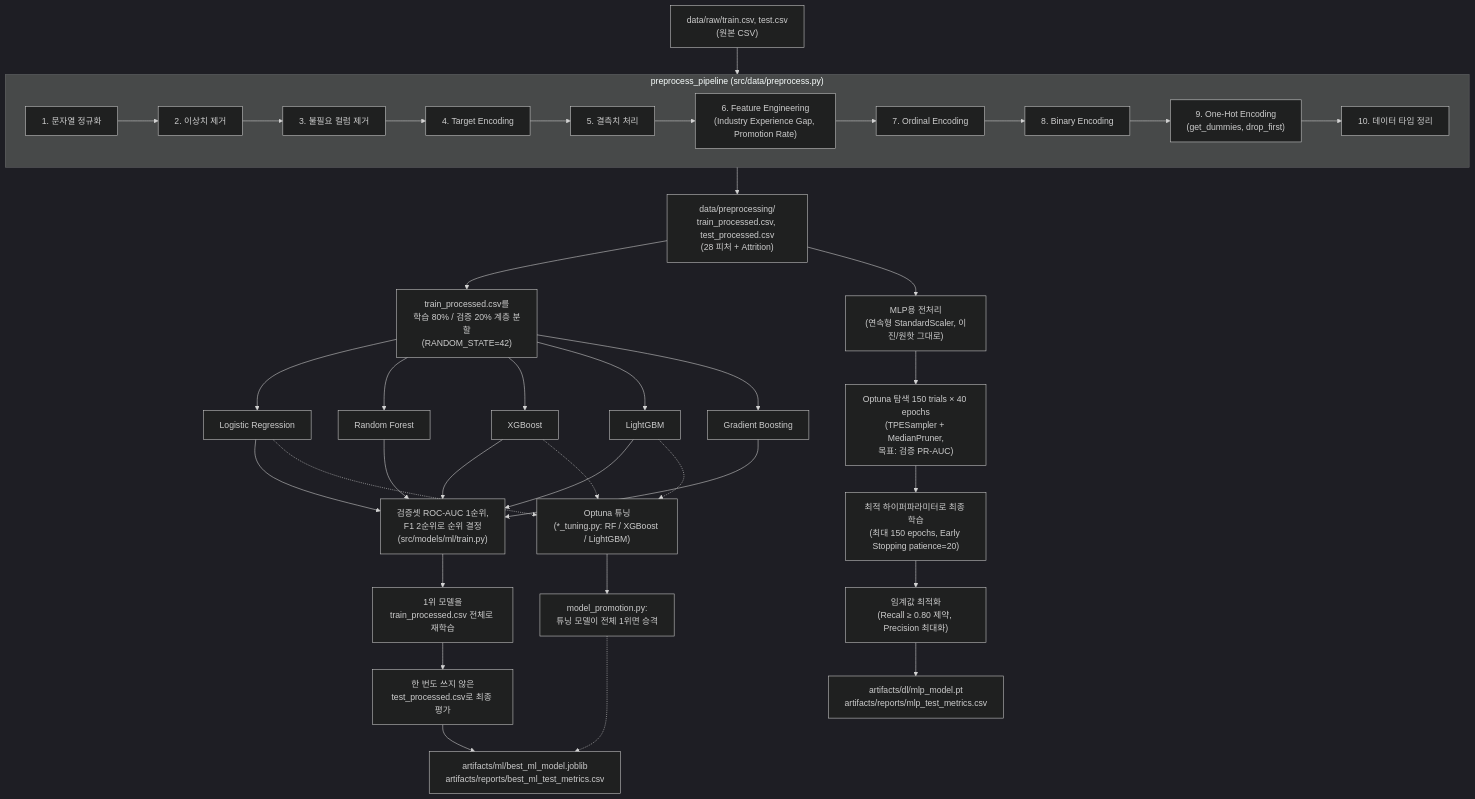
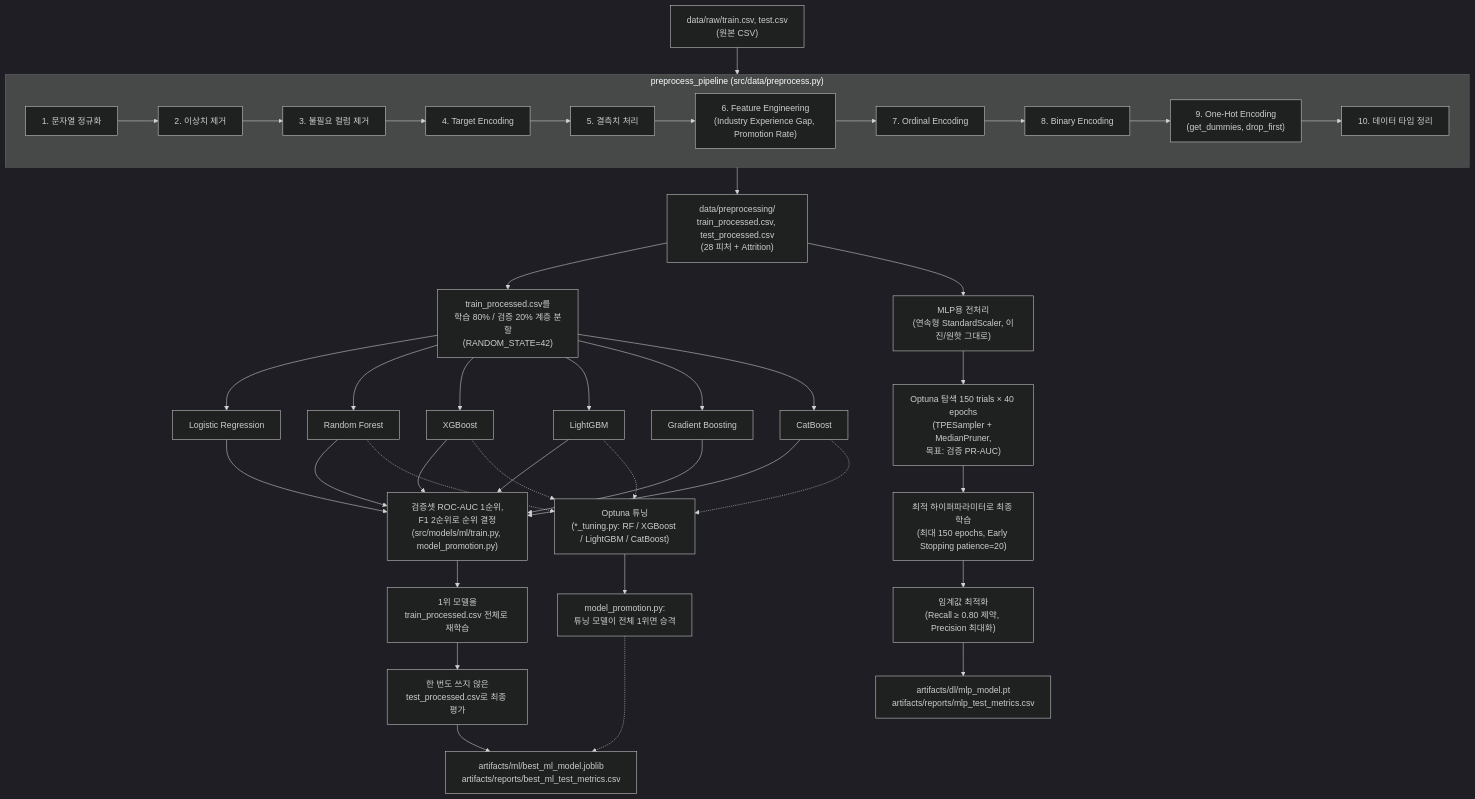
One commit to SKNETWORKS-FAMILY-AICAMP/SKN35-2nd-5Team changed the second of 2 diagrams in README.md. Above: the diagram before and after it, drawn with Mermaid (dark theme). The commit also changed other lines of this file, not shown here.

````diff
--- a/README.md
+++ b/README.md
@@ -120,36 +121,38 @@
 ```mermaid
 flowchart TD
     RAW["data/raw/train.csv, test.csv<br/>(원본 CSV)"] --> PP
 
     subgraph PP["preprocess_pipeline (src/data/preprocess.py)"]
         direction LR
         S1["1. 문자열 정규화"] --> S2["2. 이상치 제거"] --> S3["3. 불필요 컬럼 제거"] --> S4["4. Target Encoding"] --> S5["5. 결측치 처리"] --> S6["6. Feature Engineering<br/>(Industry Experience Gap, Promotion Rate)"] --> S7["7. Ordinal Encoding"] --> S8["8. Binary Encoding"] --> S9["9. One-Hot Encoding<br/>(get_dummies, drop_first)"] --> S10["10. 데이터 타입 정리"]
     end
 
     PP --> PROC["data/preprocessing/<br/>train_processed.csv, test_processed.csv<br/>(28 피처 + Attrition)"]
 
     PROC --> SPLIT["train_processed.csv를<br/>학습 80% / 검증 20% 계층 분할<br/>(RANDOM_STATE=42)"]
 
     SPLIT --> M1["Logistic Regression"]
     SPLIT --> M2["Random Forest"]
     SPLIT --> M3["XGBoost"]
     SPLIT --> M4["LightGBM"]
     SPLIT --> M5["Gradient Boosting"]
+    SPLIT --> M6["CatBoost"]
 
-    M1 & M2 & M3 & M4 & M5 --> RANK["검증셋 ROC-AUC 1순위,<br/>F1 2순위로 순위 결정<br/>(src/models/ml/train.py)"]
+    M1 & M2 & M3 & M4 & M5 & M6 --> RANK["검증셋 ROC-AUC 1순위,<br/>F1 2순위로 순위 결정<br/>(src/models/ml/train.py, model_promotion.py)"]
     RANK --> BEST["1위 모델을<br/>train_processed.csv 전체로 재학습"]
     BEST --> HOLD["한 번도 쓰지 않은<br/>test_processed.csv로 최종 평가"]
     HOLD --> ART1["artifacts/ml/best_ml_model.joblib<br/>artifacts/reports/best_ml_test_metrics.csv"]
 
-    M1 -.-> TUNE["Optuna 튜닝<br/>(*_tuning.py: RF / XGBoost / LightGBM)"]
+    M2 -.-> TUNE["Optuna 튜닝<br/>(*_tuning.py: RF / XGBoost / LightGBM / CatBoost)"]
     M3 -.-> TUNE
     M4 -.-> TUNE
+    M6 -.-> TUNE
     TUNE --> PROMO["model_promotion.py:<br/>튜닝 모델이 전체 1위면 승격"]
     PROMO -.-> ART1
 
     PROC --> DLPREP["MLP용 전처리<br/>(연속형 StandardScaler, 이진/원핫 그대로)"]
     DLPREP --> OPTUNA["Optuna 탐색 150 trials × 40 epochs<br/>(TPESampler + MedianPruner,<br/>목표: 검증 PR-AUC)"]
     OPTUNA --> DLFIT["최적 하이퍼파라미터로 최종 학습<br/>(최대 150 epochs, Early Stopping patience=20)"]
     DLFIT --> THRESH["임계값 최적화<br/>(Recall ≥ 0.80 제약, Precision 최대화)"]
     THRESH --> ART2["artifacts/dl/mlp_model.pt<br/>artifacts/reports/mlp_test_metrics.csv"]
 ```
````
